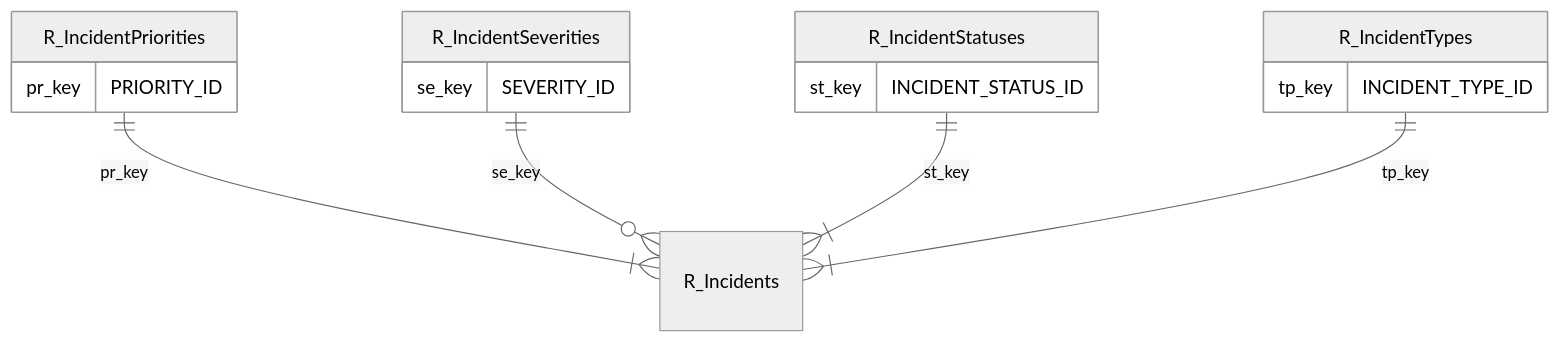
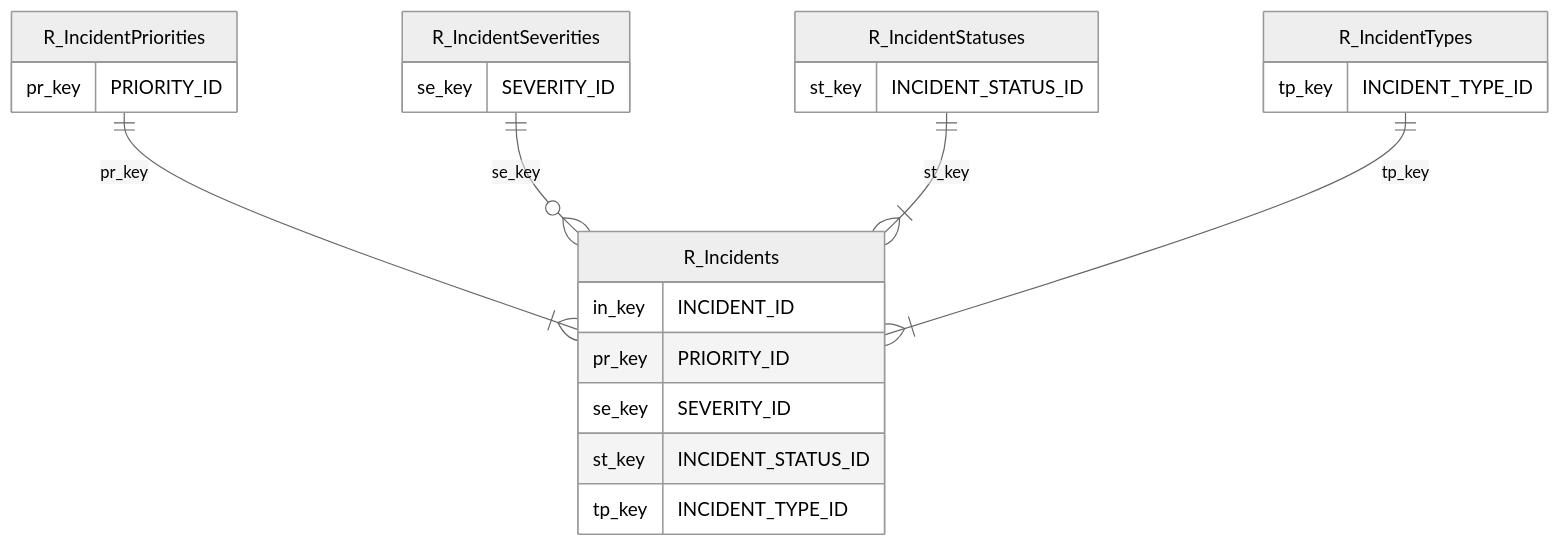
Before and after one commit to Inflectra/spira-documentation: the third of 4 diagrams in docs/Reporting/index.md, drawn with Mermaid (neutral theme). The commit also changed other lines of this file, not shown here.

````diff
--- a/docs/Reporting/index.md
+++ b/docs/Reporting/index.md
@@ -122,20 +126,27 @@
     ``` mermaid
     erDiagram
     R_IncidentPriorities ||--|{ R_Incidents : pr_key
     R_IncidentSeverities ||--o{ R_Incidents : se_key
     R_IncidentStatuses ||--|{ R_Incidents : st_key
     R_IncidentTypes ||--|{ R_Incidents : tp_key
 
+    R_Incidents {
+        in_key INCIDENT_ID
+        pr_key PRIORITY_ID
+        se_key SEVERITY_ID
+        st_key INCIDENT_STATUS_ID
+        tp_key INCIDENT_TYPE_ID
+    }
     R_IncidentPriorities {
         pr_key PRIORITY_ID
     }
     R_IncidentSeverities {
         se_key SEVERITY_ID
     }
     R_IncidentStatuses {
         st_key INCIDENT_STATUS_ID
     }
     R_IncidentTypes {
         tp_key INCIDENT_TYPE_ID
     }
     ```
````
